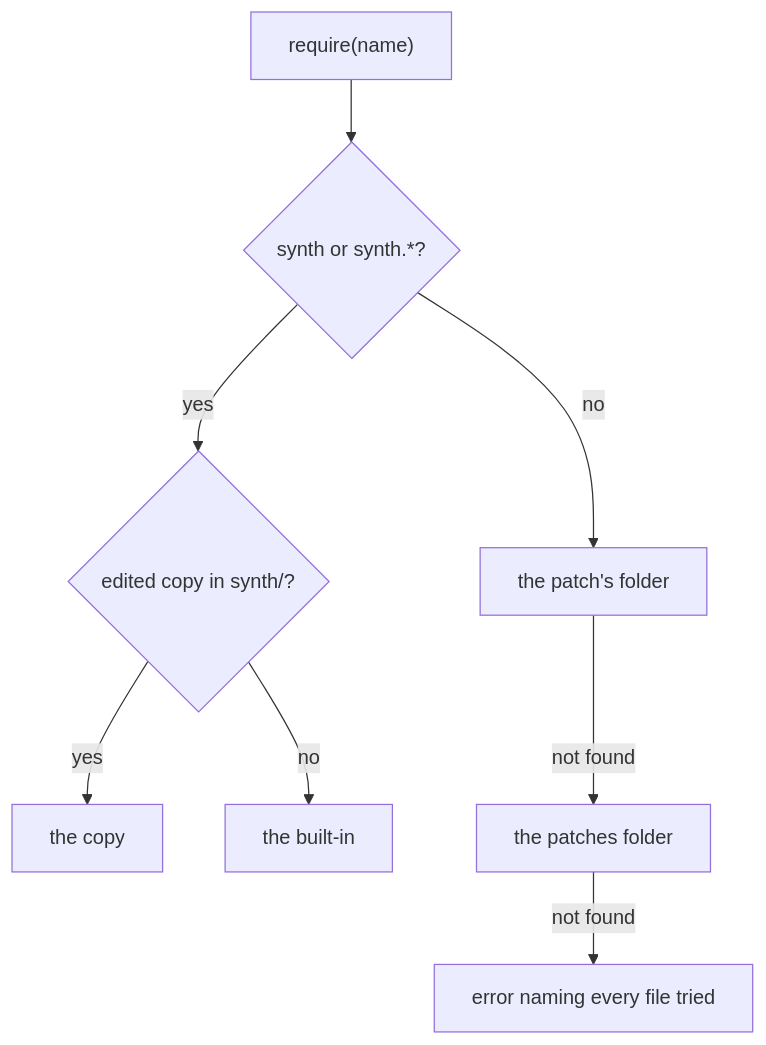
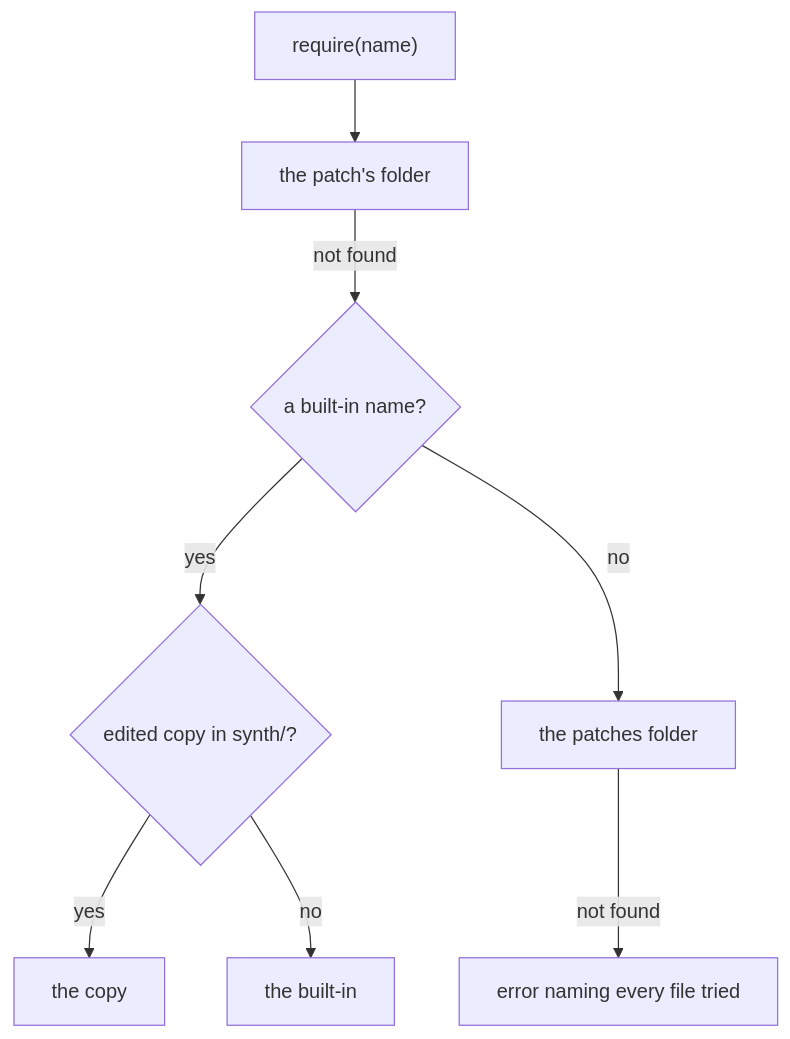
Before and after one commit to turkosaurus/synth: the first of 2 diagrams in lua/patches/README.md, drawn with Mermaid. The commit also changed other lines of this file and 6 other files, not shown here.

First line of the commit message:
script: require searches the patch's folder, the patches folder, then the embedded modules

````diff
--- a/lua/patches/README.md
+++ b/lua/patches/README.md
@@ -19,10 +21,10 @@
 ```mermaid
 flowchart TD
-    require["require(name)"] --> synth{synth or synth.*?}
-    synth -- yes --> edited{edited copy in synth/?}
+    require["require(name)"] --> song[the patch's folder]
+    song -- not found --> builtin{a built-in name?}
+    builtin -- yes --> edited{edited copy in synth/?}
     edited -- yes --> copy[the copy]
-    edited -- no --> builtin[the built-in]
-    synth -- no --> song[the patch's folder]
-    song -- not found --> patches[the patches folder]
+    edited -- no --> embedded[the built-in]
+    builtin -- no --> patches[the patches folder]
     patches -- not found --> error[error naming every file tried]
 ```
````
